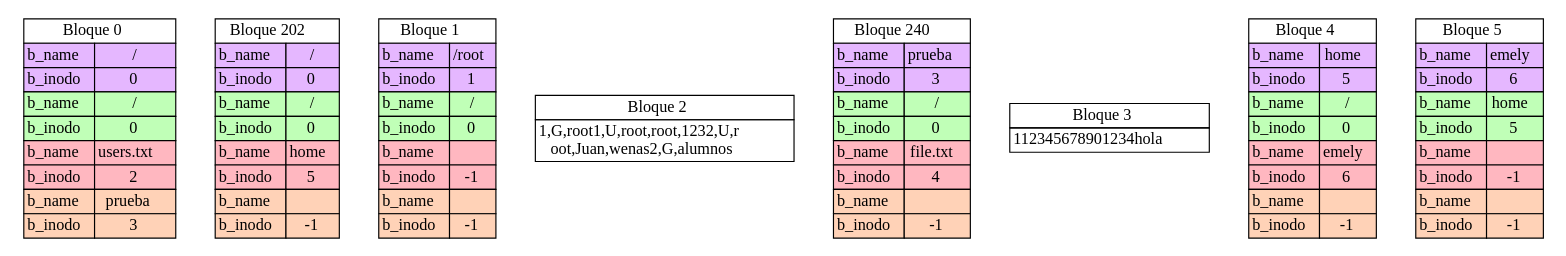
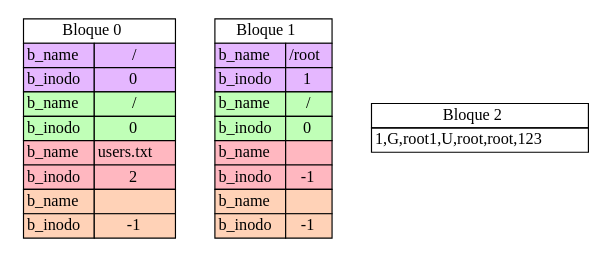
One commit to RojasCJP/Archivos_Practica1 changed the diagram in cmake-build-debug/report_blocks.dot. Above: the diagram before and after it, drawn with Graphviz. The commit also changed 26 other files, not shown here.

```diff
--- a/cmake-build-debug/report_blocks.dot
+++ b/cmake-build-debug/report_blocks.dot
@@ -1,96 +1,36 @@
 digraph di{
 b_0[ shape=plaintext label=< 
 <table border='0' cellborder='1' cellspacing='0'>
 <tr><td port="0" colspan="3">Bloque 0</td></tr>
 <tr><td bgcolor="#e5b7ff">b_name</td><td bgcolor="#e5b7ff" >/</td></tr>
 <tr><td bgcolor="#e5b7ff">b_inodo</td><td bgcolor="#e5b7ff">0</td></tr>
 <tr><td bgcolor="#c0ffb7">b_name</td><td bgcolor="#c0ffb7" >/</td></tr>
 <tr><td bgcolor="#c0ffb7">b_inodo</td><td bgcolor="#c0ffb7">0</td></tr>
 <tr><td bgcolor="#ffb7c0">b_name</td><td bgcolor="#ffb7c0" port="ib208">users.txt</td></tr>
 <tr><td bgcolor="#ffb7c0">b_inodo</td><td bgcolor="#ffb7c0">2</td></tr>
-<tr><td bgcolor="#ffd2b7">b_name</td><td bgcolor="#ffd2b7" port="ib312">prueba</td></tr>
-<tr><td bgcolor="#ffd2b7">b_inodo</td><td bgcolor="#ffd2b7">3</td></tr>
-</table>
->];
-b_202[ shape=plaintext label=< 
-<table border='0' cellborder='1' cellspacing='0'>
-<tr><td port="21008" colspan="3">Bloque 202</td></tr>
-<tr><td bgcolor="#e5b7ff">b_name</td><td bgcolor="#e5b7ff" >/</td></tr>
-<tr><td bgcolor="#e5b7ff">b_inodo</td><td bgcolor="#e5b7ff">0</td></tr>
-<tr><td bgcolor="#c0ffb7">b_name</td><td bgcolor="#c0ffb7" >/</td></tr>
-<tr><td bgcolor="#c0ffb7">b_inodo</td><td bgcolor="#c0ffb7">0</td></tr>
-<tr><td bgcolor="#ffb7c0">b_name</td><td bgcolor="#ffb7c0" port="ib520">home</td></tr>
-<tr><td bgcolor="#ffb7c0">b_inodo</td><td bgcolor="#ffb7c0">5</td></tr>
 <tr><td bgcolor="#ffd2b7">b_name</td><td bgcolor="#ffd2b7" ></td></tr>
 <tr><td bgcolor="#ffd2b7">b_inodo</td><td bgcolor="#ffd2b7">-1</td></tr>
 </table>
 >];
 b_1[ shape=plaintext label=< 
 <table border='0' cellborder='1' cellspacing='0'>
 <tr><td port="208" colspan="3">Bloque 1</td></tr>
 <tr><td bgcolor="#e5b7ff">b_name</td><td bgcolor="#e5b7ff" >/root</td></tr>
 <tr><td bgcolor="#e5b7ff">b_inodo</td><td bgcolor="#e5b7ff">1</td></tr>
 <tr><td bgcolor="#c0ffb7">b_name</td><td bgcolor="#c0ffb7" port="ib0">/</td></tr>
 <tr><td bgcolor="#c0ffb7">b_inodo</td><td bgcolor="#c0ffb7">0</td></tr>
 <tr><td bgcolor="#ffb7c0">b_name</td><td bgcolor="#ffb7c0" ></td></tr>
 <tr><td bgcolor="#ffb7c0">b_inodo</td><td bgcolor="#ffb7c0">-1</td></tr>
 <tr><td bgcolor="#ffd2b7">b_name</td><td bgcolor="#ffd2b7" ></td></tr>
 <tr><td bgcolor="#ffd2b7">b_inodo</td><td bgcolor="#ffd2b7">-1</td></tr>
 </table>
 >];
 b_2[ shape=plaintext label=< 
 <table border='0' cellborder='1' cellspacing='0'>
 <tr><td port="416">Bloque 2</td></tr>
 <tr><td>1,G,root
 1,U,root,root,123
-2,U,r<br/>oot,Juan,wenas
-2,G,alumnos
 </td></tr>
 </table>
 >];
-b_240[ shape=plaintext label=< 
-<table border='0' cellborder='1' cellspacing='0'>
-<tr><td port="25272" colspan="3">Bloque 240</td></tr>
-<tr><td bgcolor="#e5b7ff">b_name</td><td bgcolor="#e5b7ff" >prueba</td></tr>
-<tr><td bgcolor="#e5b7ff">b_inodo</td><td bgcolor="#e5b7ff">3</td></tr>
-<tr><td bgcolor="#c0ffb7">b_name</td><td bgcolor="#c0ffb7" port="ib0">/</td></tr>
-<tr><td bgcolor="#c0ffb7">b_inodo</td><td bgcolor="#c0ffb7">0</td></tr>
-<tr><td bgcolor="#ffb7c0">b_name</td><td bgcolor="#ffb7c0" port="ib416">file.txt</td></tr>
-<tr><td bgcolor="#ffb7c0">b_inodo</td><td bgcolor="#ffb7c0">4</td></tr>
-<tr><td bgcolor="#ffd2b7">b_name</td><td bgcolor="#ffd2b7" ></td></tr>
-<tr><td bgcolor="#ffd2b7">b_inodo</td><td bgcolor="#ffd2b7">-1</td></tr>
-</table>
->];
-b_3[ shape=plaintext label=< 
-<table border='0' cellborder='1' cellspacing='0'>
-<tr><td port="728">Bloque 3</td></tr>
-<tr><td>112345678901234hola</td></tr>
-</table>
->];
-b_4[ shape=plaintext label=< 
-<table border='0' cellborder='1' cellspacing='0'>
-<tr><td port="936" colspan="3">Bloque 4</td></tr>
-<tr><td bgcolor="#e5b7ff">b_name</td><td bgcolor="#e5b7ff" >home</td></tr>
-<tr><td bgcolor="#e5b7ff">b_inodo</td><td bgcolor="#e5b7ff">5</td></tr>
-<tr><td bgcolor="#c0ffb7">b_name</td><td bgcolor="#c0ffb7" port="ib0">/</td></tr>
-<tr><td bgcolor="#c0ffb7">b_inodo</td><td bgcolor="#c0ffb7">0</td></tr>
-<tr><td bgcolor="#ffb7c0">b_name</td><td bgcolor="#ffb7c0" port="ib624">emely</td></tr>
-<tr><td bgcolor="#ffb7c0">b_inodo</td><td bgcolor="#ffb7c0">6</td></tr>
-<tr><td bgcolor="#ffd2b7">b_name</td><td bgcolor="#ffd2b7" ></td></tr>
-<tr><td bgcolor="#ffd2b7">b_inodo</td><td bgcolor="#ffd2b7">-1</td></tr>
-</table>
->];
-b_5[ shape=plaintext label=< 
-<table border='0' cellborder='1' cellspacing='0'>
-<tr><td port="1144" colspan="3">Bloque 5</td></tr>
-<tr><td bgcolor="#e5b7ff">b_name</td><td bgcolor="#e5b7ff" >emely</td></tr>
-<tr><td bgcolor="#e5b7ff">b_inodo</td><td bgcolor="#e5b7ff">6</td></tr>
-<tr><td bgcolor="#c0ffb7">b_name</td><td bgcolor="#c0ffb7" port="ib520">home</td></tr>
-<tr><td bgcolor="#c0ffb7">b_inodo</td><td bgcolor="#c0ffb7">5</td></tr>
-<tr><td bgcolor="#ffb7c0">b_name</td><td bgcolor="#ffb7c0" ></td></tr>
-<tr><td bgcolor="#ffb7c0">b_inodo</td><td bgcolor="#ffb7c0">-1</td></tr>
-<tr><td bgcolor="#ffd2b7">b_name</td><td bgcolor="#ffd2b7" ></td></tr>
-<tr><td bgcolor="#ffd2b7">b_inodo</td><td bgcolor="#ffd2b7">-1</td></tr>
-</table>
->];
 }
```
